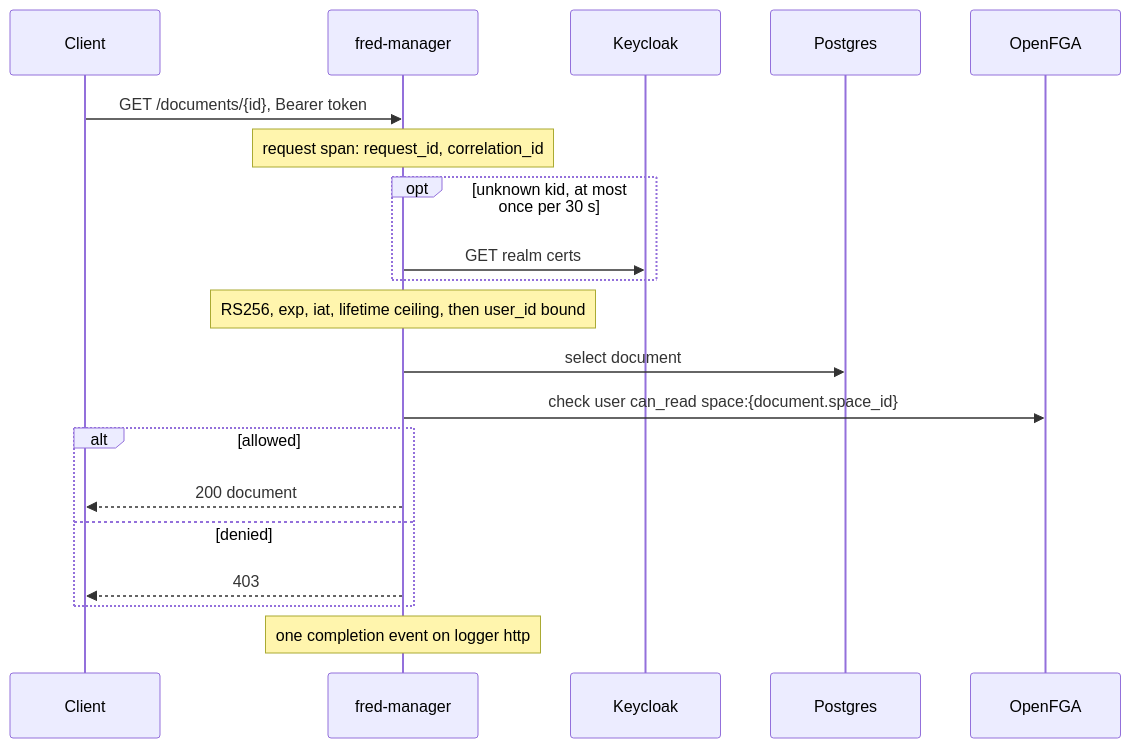
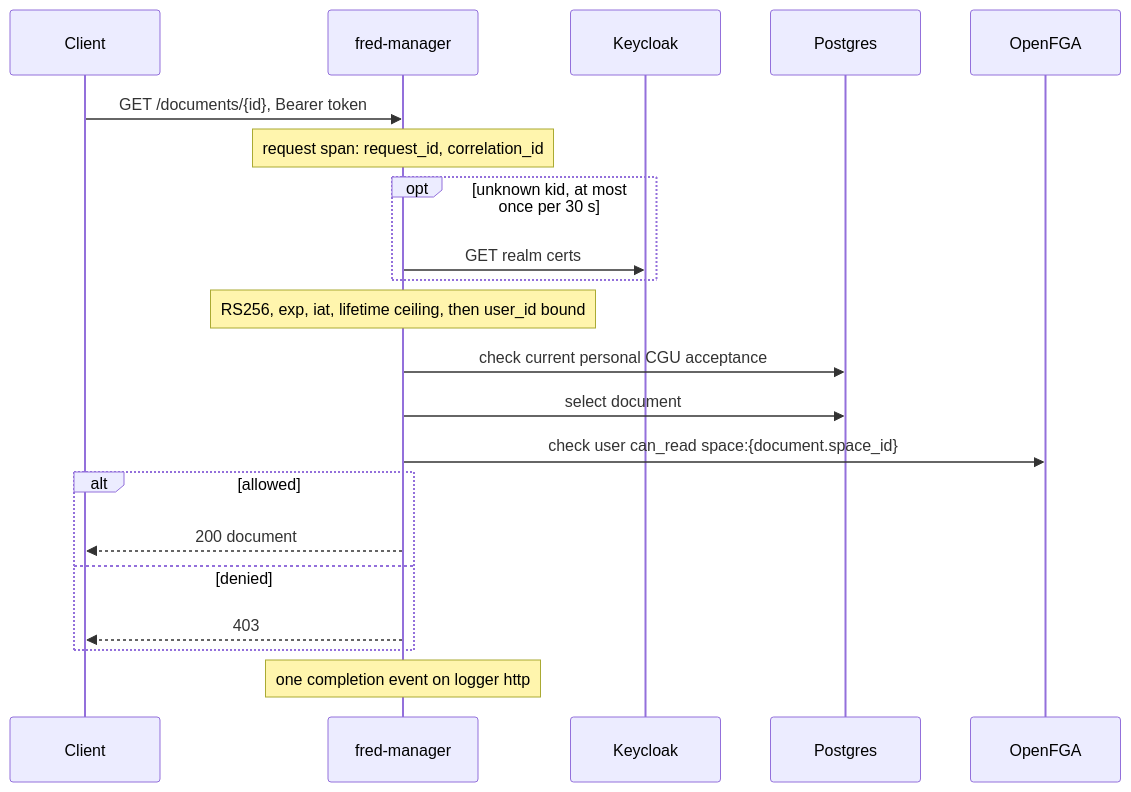
One commit to ThalesGroup/fred changed the first of 7 diagrams in docs/architecture/04-runtime.md. Above: the diagram before and after it, drawn with Mermaid. The commit also changed other lines of this file and 47 other files, not shown here.

````diff
--- a/docs/architecture/04-runtime.md
+++ b/docs/architecture/04-runtime.md
@@ -44,22 +48,23 @@
 ```mermaid
 sequenceDiagram
     participant C as Client
     participant M as fred-manager
     participant KC as Keycloak
     participant PG as Postgres
     participant FGA as OpenFGA
     C->>M: GET /documents/{id}, Bearer token
     Note over M: request span: request_id, correlation_id
     opt unknown kid, at most once per 30 s
         M->>KC: GET realm certs
     end
     Note over M: RS256, exp, iat, lifetime ceiling, then user_id bound
+    M->>PG: check current personal CGU acceptance
     M->>PG: select document
     M->>FGA: check user can_read space:{document.space_id}
     alt allowed
         M-->>C: 200 document
     else denied
         M-->>C: 403
     end
     Note over M: one completion event on logger http
 ```
````
